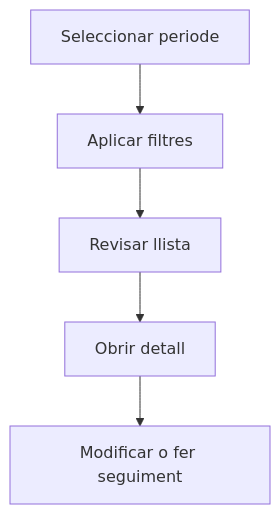
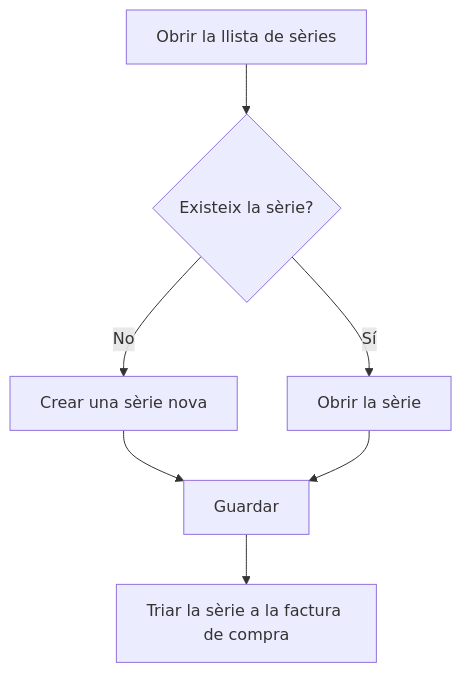
One commit to MGurtD/lilith changed the diagram in frontend/src/help/ca/purchase/invoiceserie/list.md. Above: the diagram before and after it, drawn with Mermaid. The commit also changed other lines of this file and 331 other files, not shown here.

````diff
--- a/frontend/src/help/ca/purchase/invoiceserie/list.md
+++ b/frontend/src/help/ca/purchase/invoiceserie/list.md
@@ -33,7 +38,9 @@
 ```mermaid
 flowchart TD
-    A[Seleccionar periode] --> B[Aplicar filtres]
-    B --> C[Revisar llista]
-    C --> D[Obrir detall]
-    D --> E[Modificar o fer seguiment]
+    A[Obrir la llista de sèries] --> B{Existeix la sèrie?}
+    B -->|No| C[Crear una sèrie nova]
+    B -->|Sí| D[Obrir la sèrie]
+    C --> E[Guardar]
+    D --> E
+    E --> F[Triar la sèrie a la factura de compra]
 ```
````
